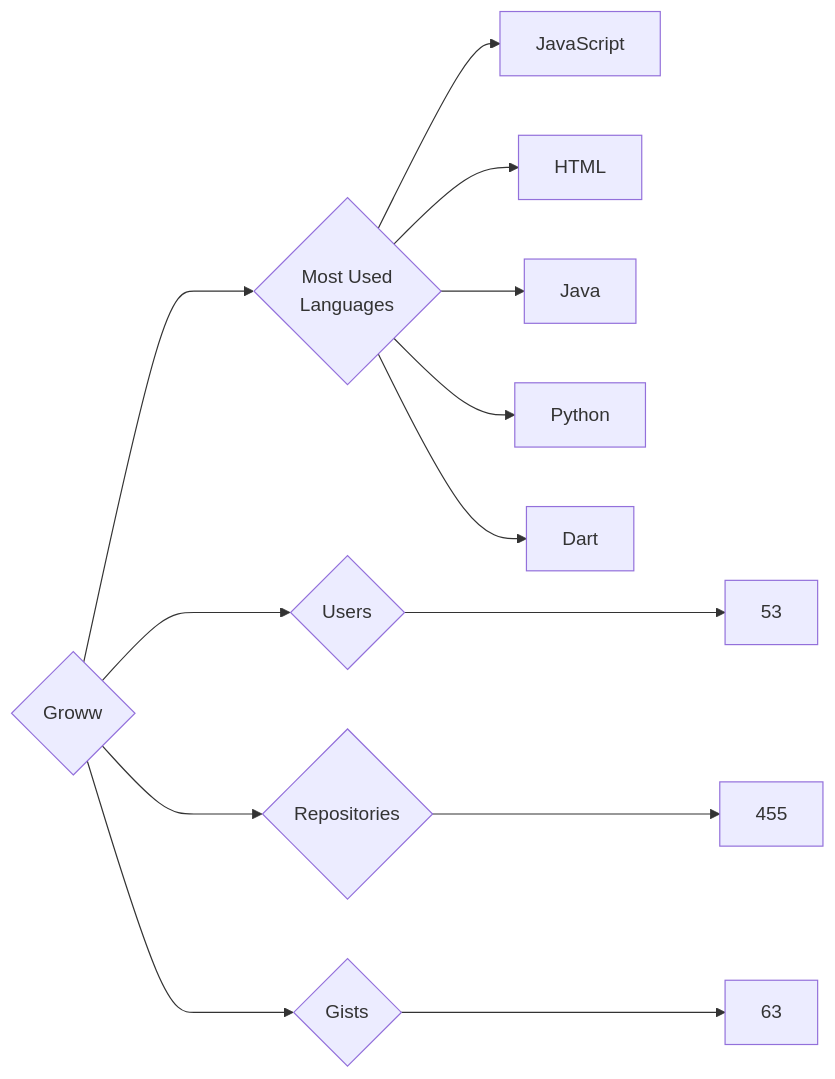
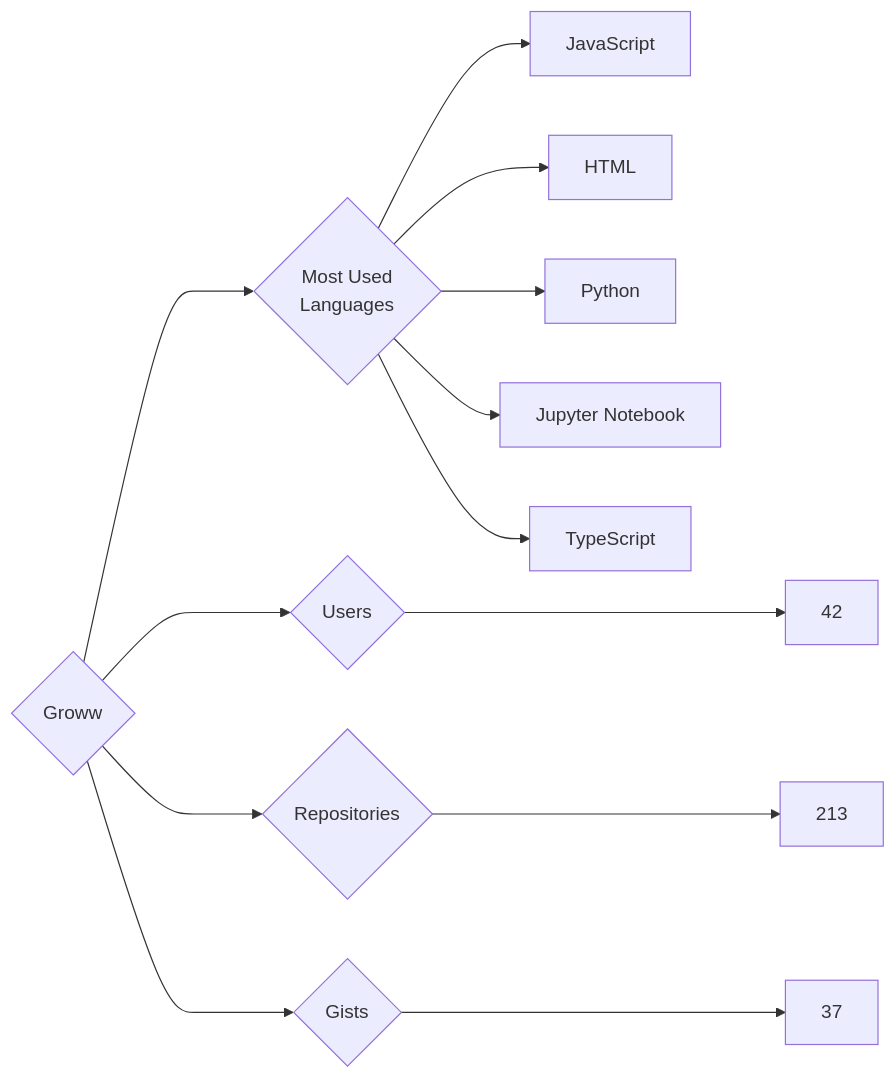
The diagram in targets/Groww/README.md (trickest/insiders), drawn with Mermaid before and after one commit. The commit also changed 639 other files, not shown here.

````diff
--- a/targets/Groww/README.md
+++ b/targets/Groww/README.md
@@ -3,13 +3,13 @@
 ```mermaid
 graph LR
 COMPANY_NAME{Groww}
-COMPANY_NAME ---> U{Users} ---> UN[53]
-COMPANY_NAME ---> R{Repositories} ---> RN[455]
-COMPANY_NAME ---> G{Gists} ---> GN[63]
+COMPANY_NAME ---> U{Users} ---> UN[42]
+COMPANY_NAME ---> R{Repositories} ---> RN[213]
+COMPANY_NAME ---> G{Gists} ---> GN[37]
 COMPANY_NAME ---> ML{Most Used<br>Languages}
 ML --> JavaScript[JavaScript]
 ML --> HTML[HTML]
-ML --> Java[Java]
 ML --> Python[Python]
-ML --> Dart[Dart]
+ML --> Jupyter_Notebook[Jupyter Notebook]
+ML --> TypeScript[TypeScript]
 ```
````
